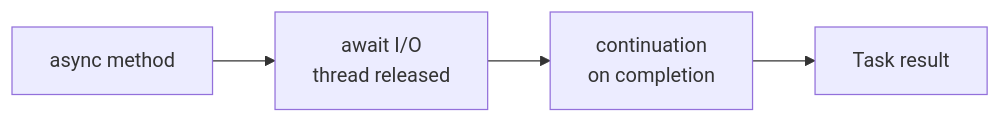
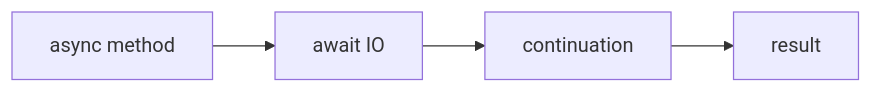
Before and after one commit to 444Nazky/My-Vault: the diagram in Development/Programming-Languages/CSharp.md, drawn with Mermaid. The commit also changed other lines of this file and 7 other files, not shown here.

````diff
--- a/Development/Programming-Languages/CSharp.md
+++ b/Development/Programming-Languages/CSharp.md
@@ -21,6 +20,6 @@
 ```mermaid
 flowchart LR
-    A[async method] --> B[await I/O<br/>thread released]
-    B --> C[continuation<br/>on completion]
-    C --> D[Task result]
+    A["async method"] --> B["await IO"]
+    B --> C["continuation"]
+    C --> D["result"]
 ```
````
